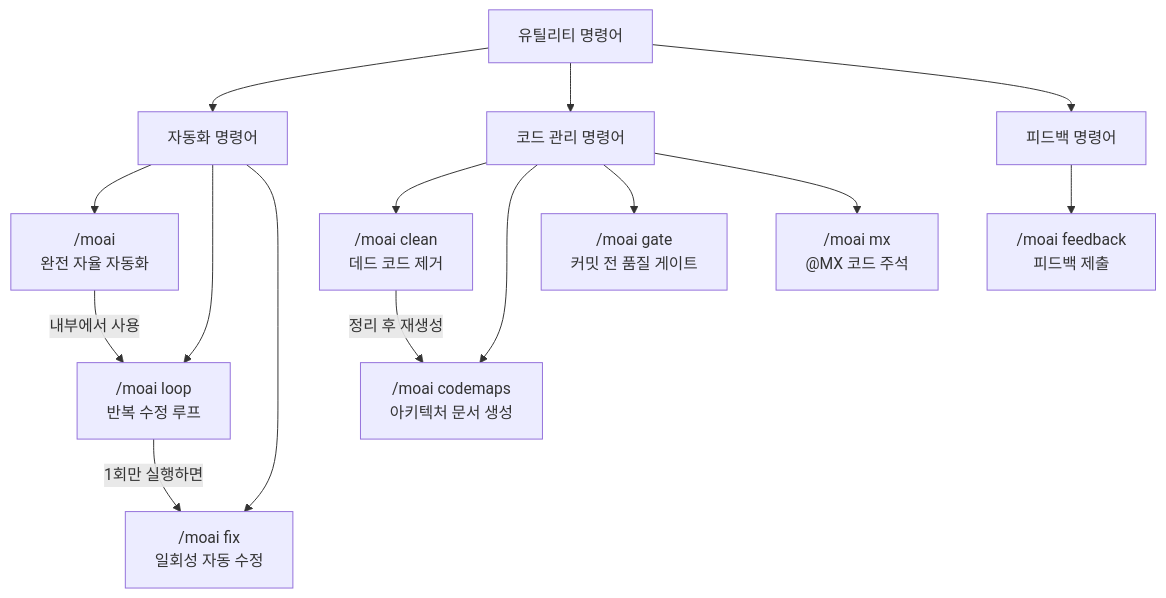
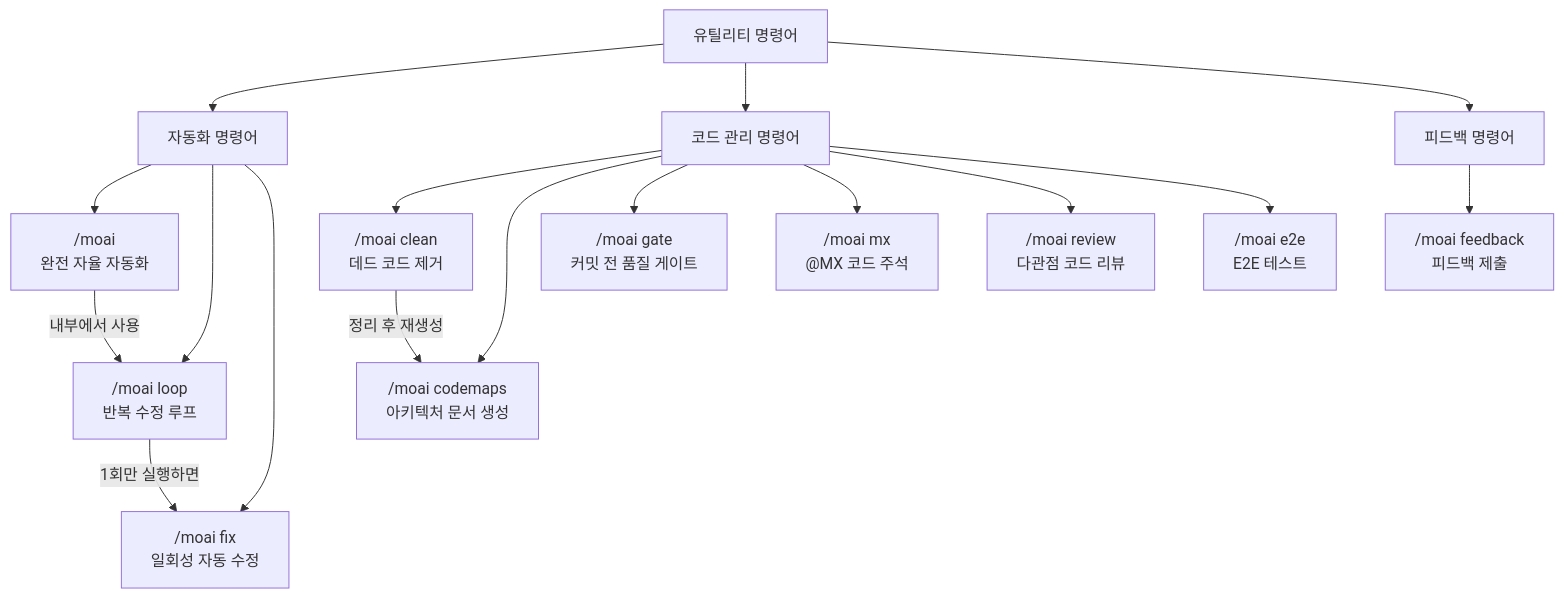
The diagram in docs-site/content/ko/utility-commands/_index.md (modu-ai/moai-adk), drawn with Mermaid before and after one commit. The commit also changed other lines of this file and 13 other files, not shown here.

First line of the commit message:
docs(site): fix ko command docs vs template SSOT + add moai-review/moai-design pages

````diff
--- a/docs-site/content/ko/utility-commands/_index.md
+++ b/docs-site/content/ko/utility-commands/_index.md
@@ -35,19 +37,21 @@
 ```mermaid
 flowchart TD
     A[유틸리티 명령어] --> B[자동화 명령어]
     A --> C[코드 관리 명령어]
     A --> D[피드백 명령어]
 
     B --> E["/moai<br/>완전 자율 자동화"]
     B --> F["/moai loop<br/>반복 수정 루프"]
     B --> G["/moai fix<br/>일회성 자동 수정"]
     C --> H["/moai clean<br/>데드 코드 제거"]
     C --> I["/moai codemaps<br/>아키텍처 문서 생성"]
     C --> K["/moai gate<br/>커밋 전 품질 게이트"]
     C --> L["/moai mx<br/>@MX 코드 주석"]
+    C --> M["/moai review<br/>다관점 코드 리뷰"]
+    C --> N["/moai e2e<br/>E2E 테스트"]
     D --> J["/moai feedback<br/>피드백 제출"]
 
     E -->|내부에서 사용| F
     F -->|1회만 실행하면| G
     H -->|정리 후 재생성| I
 ```
````
